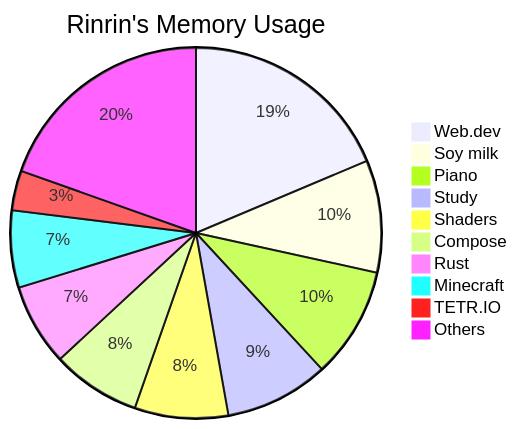
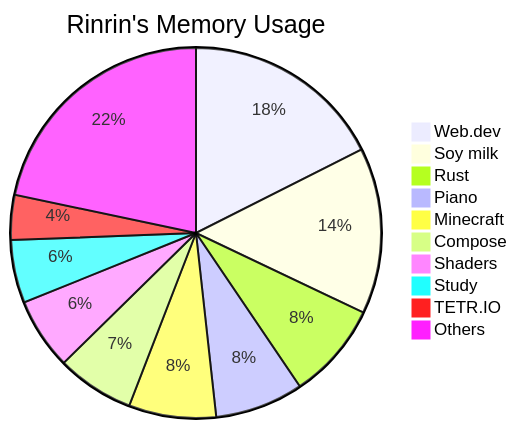
One commit to Rinrin0413/Rinrin0413 changed the diagram in README.md. Above: the diagram before and after it, drawn with Mermaid.

Commit message:
🛠 Update: Rinrin's Memory Usage

````diff
--- a/README.md
+++ b/README.md
@@ -76,13 +76,13 @@
 ```mermaid
 pie title Rinrin's Memory Usage
-    "Web.dev": 183
-    "Soy milk": 96
-    "Piano": 95
-    "Study": 89
-    "Shaders": 80
-    "Compose": 76
-    "Rust": 70
-    "Minecraft": 66
-    "TETR.IO": 34
-    "Others":192
+    "Web.dev": 166
+    "Soy milk": 137
+    "Rust": 80
+    "Piano": 73
+    "Minecraft": 72
+    "Compose": 64
+    "Shaders": 59
+    "Study": 52
+    "TETR.IO": 37
+    "Others": 205
 ```
````
